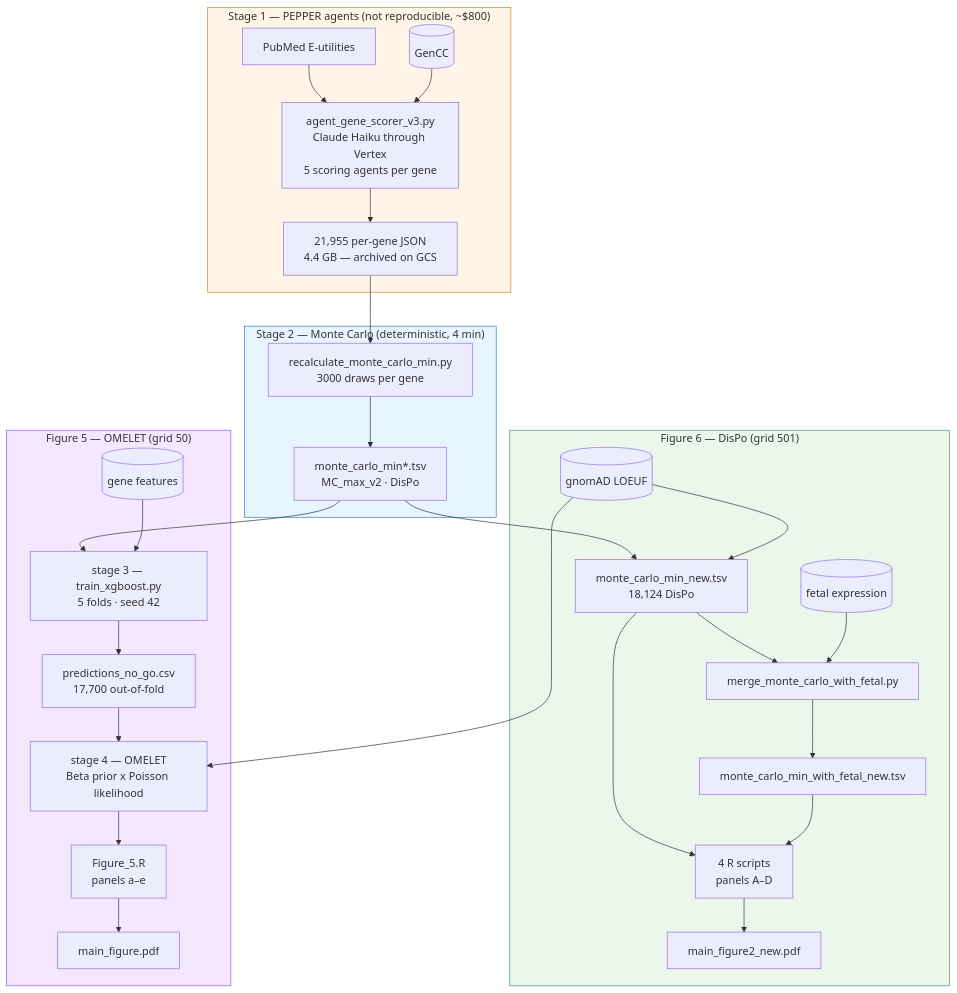
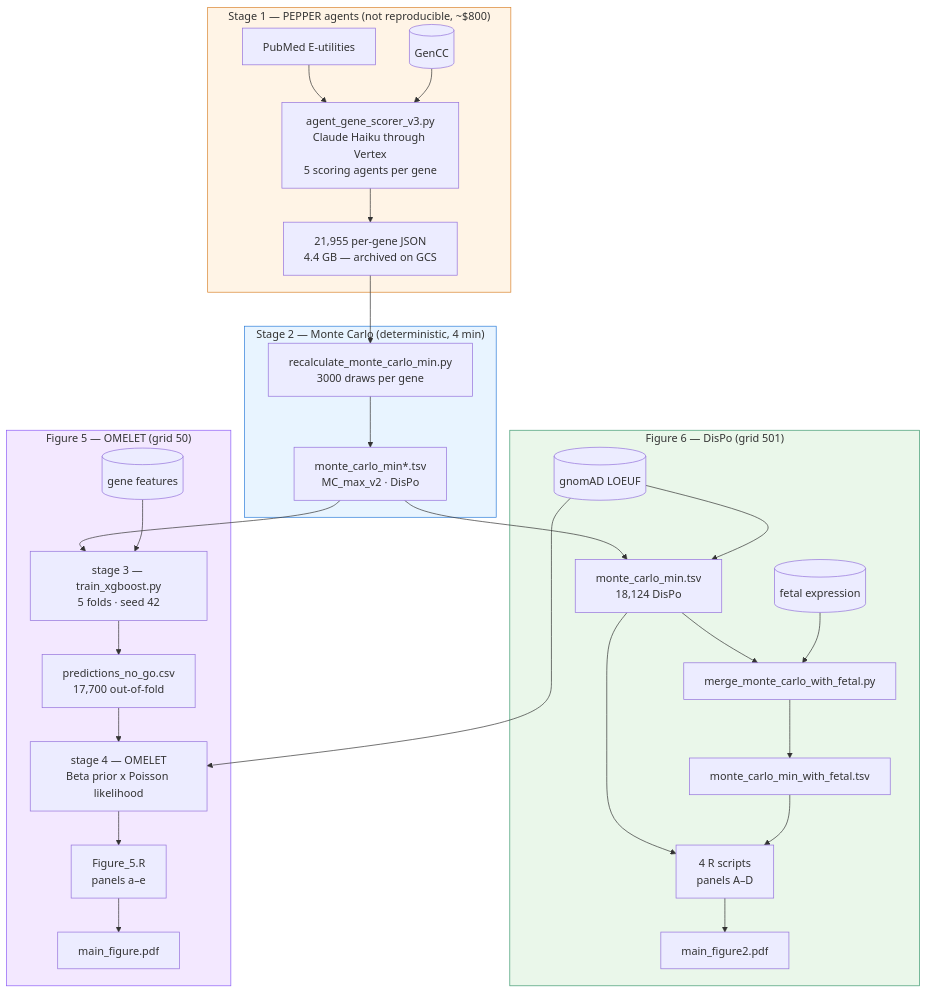
Before and after one commit to atgu/gnomAD_v4_flagship_paper: the diagram in agentic_pipeline/README.md, drawn with Mermaid. The commit also changed other lines of this file and 38 other files, not shown here.

````diff
--- a/agentic_pipeline/README.md
+++ b/agentic_pipeline/README.md
@@ -41,40 +41,40 @@
 ```mermaid
 flowchart TD
     subgraph S1["Stage 1 — PEPPER agents (not reproducible, ~$800)"]
         PM[PubMed E-utilities] --> AG
         GC[(GenCC)] --> AG
         AG["agent_gene_scorer_v3.py<br/>Claude Haiku through Vertex<br/>5 scoring agents per gene"]
         AG --> JSON["21,955 per-gene JSON<br/>4.4 GB — archived on GCS"]
     end
 
     subgraph S2["Stage 2 — Monte Carlo (deterministic, 4 min)"]
         JSON --> MC["recalculate_monte_carlo_min.py<br/>3000 draws per gene"]
         MC --> MCT["monte_carlo_min*.tsv<br/>MC_max_v2 · DisPo"]
     end
 
     subgraph F6["Figure 6 — DisPo (grid 501)"]
-        MCT --> TSV["monte_carlo_min_new.tsv<br/>18,124 DisPo"]
+        MCT --> TSV["monte_carlo_min.tsv<br/>18,124 DisPo"]
         LO[("gnomAD LOEUF")] --> TSV
         TSV --> MG[merge_monte_carlo_with_fetal.py]
         FE[("fetal expression")] --> MG
-        MG --> TSVF[monte_carlo_min_with_fetal_new.tsv]
+        MG --> TSVF[monte_carlo_min_with_fetal.tsv]
         TSV --> P6["4 R scripts<br/>panels A–D"]
         TSVF --> P6
-        P6 --> FIG6["main_figure2_new.pdf"]
+        P6 --> FIG6["main_figure2.pdf"]
     end
 
     subgraph F5["Figure 5 — OMELET (grid 50)"]
         MCT --> XGB["stage 3 — train_xgboost.py<br/>5 folds · seed 42"]
         GF[("gene features")] --> XGB
         XGB --> PRED["predictions_no_go.csv<br/>17,700 out-of-fold"]
         PRED --> OM["stage 4 — OMELET<br/>Beta prior x Poisson likelihood"]
         LO --> OM
         OM --> P5["Figure_5.R<br/>panels a–e"]
         P5 --> FIG5["main_figure.pdf"]
     end
 
     style S1 fill:#fff4e6,stroke:#d9822b
     style S2 fill:#e8f4ff,stroke:#2b7cd9
     style F6 fill:#eaf7ea,stroke:#3d9970
     style F5 fill:#f3e8ff,stroke:#8b5cf6
 ```
````
